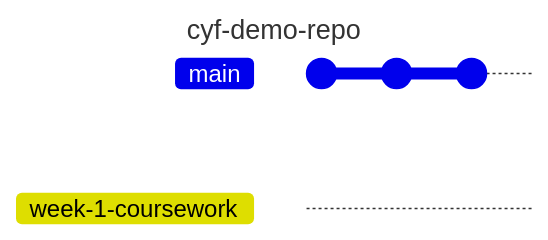
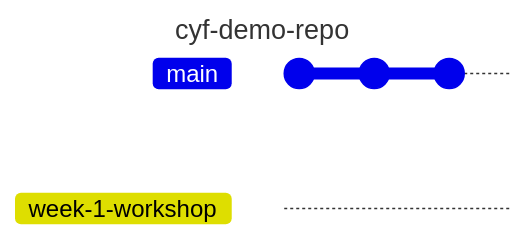
One commit to CodeYourFuture/CYF-Workshops changed the second of 5 diagrams in git-day-1/README.md. Above: the diagram before and after it, drawn with Mermaid. The commit also changed other lines of this file, not shown here. Commit ids are hidden.

Commit message:
rename branch name

````diff
--- a/git-day-1/README.md
+++ b/git-day-1/README.md
@@ -110,10 +110,10 @@
 ```mermaid
 ---
 title: cyf-demo-repo
 ---
 gitGraph
    commit
    commit
    commit
-   branch  "week-1-coursework"
+   branch  "week-1-workshop"
 ```
````
